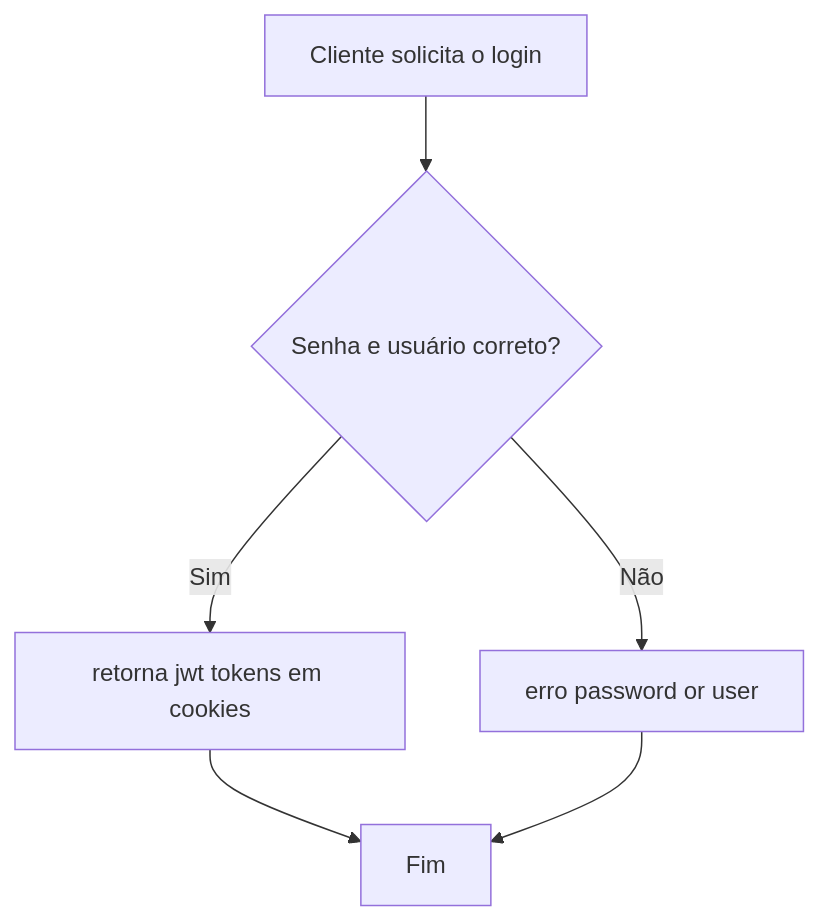
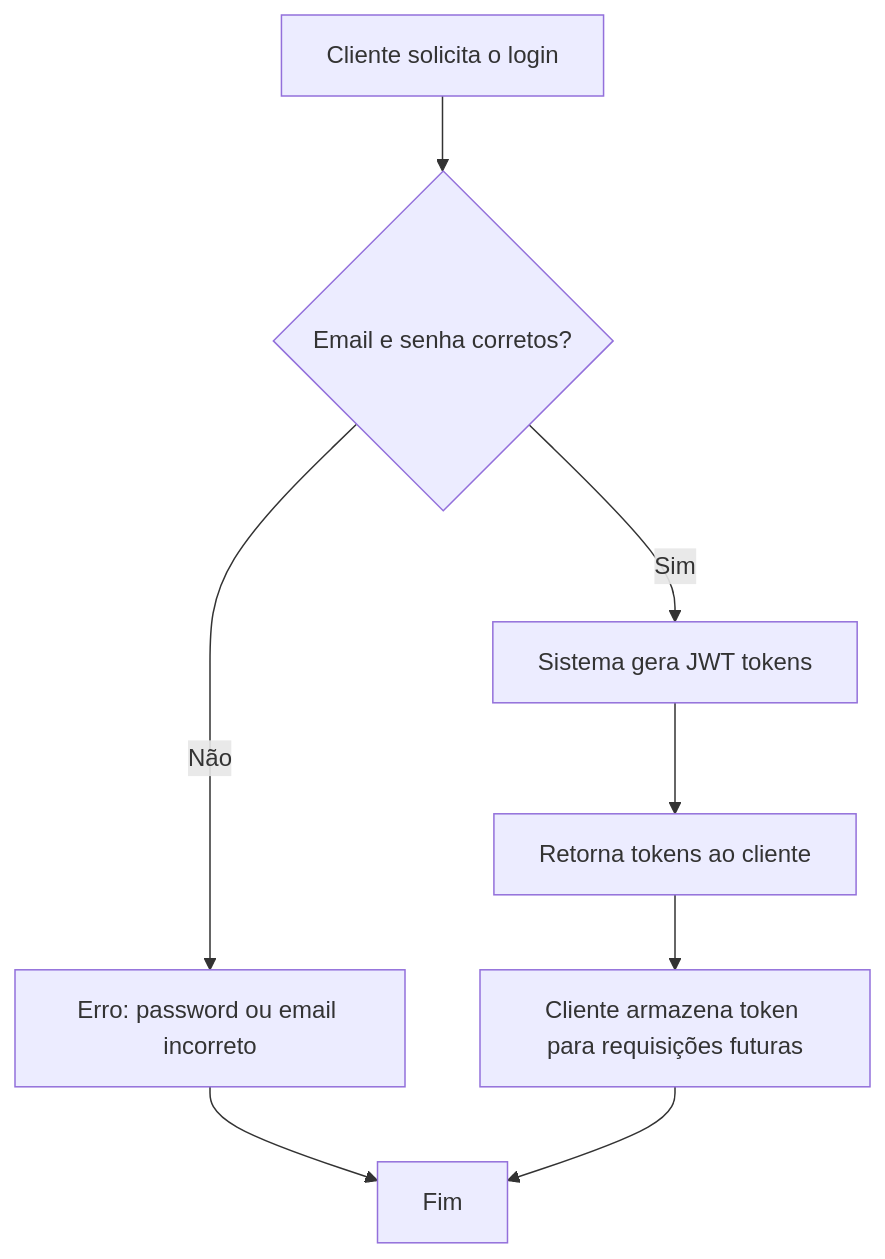
One commit to GabrHenr/BackEnd-TechPostSystem changed the second of 9 diagrams in readme.md. Above: the diagram before and after it, drawn with Mermaid. The commit also changed other lines of this file and 6 other files, not shown here.

````diff
--- a/readme.md
+++ b/readme.md
@@ -104,8 +191,10 @@
 ```mermaid
 flowchart TD
-    A[Cliente solicita o login] --> B{Senha e usuário correto?}
-    B -->|Sim| C[retorna jwt tokens em cookies]
-    B -->|Não| D[erro password or user]
-    C --> E[Fim]
-    D --> E
+    A[Cliente solicita o login] --> B{Email e senha corretos?}
+    B -->|Sim| C[Sistema gera JWT tokens]
+    B -->|Não| D[Erro: password ou email incorreto]
+    C --> E[Retorna tokens ao cliente]
+    E --> F[Cliente armazena token para requisições futuras]
+    D --> G[Fim]
+    F --> G
 ```
````
